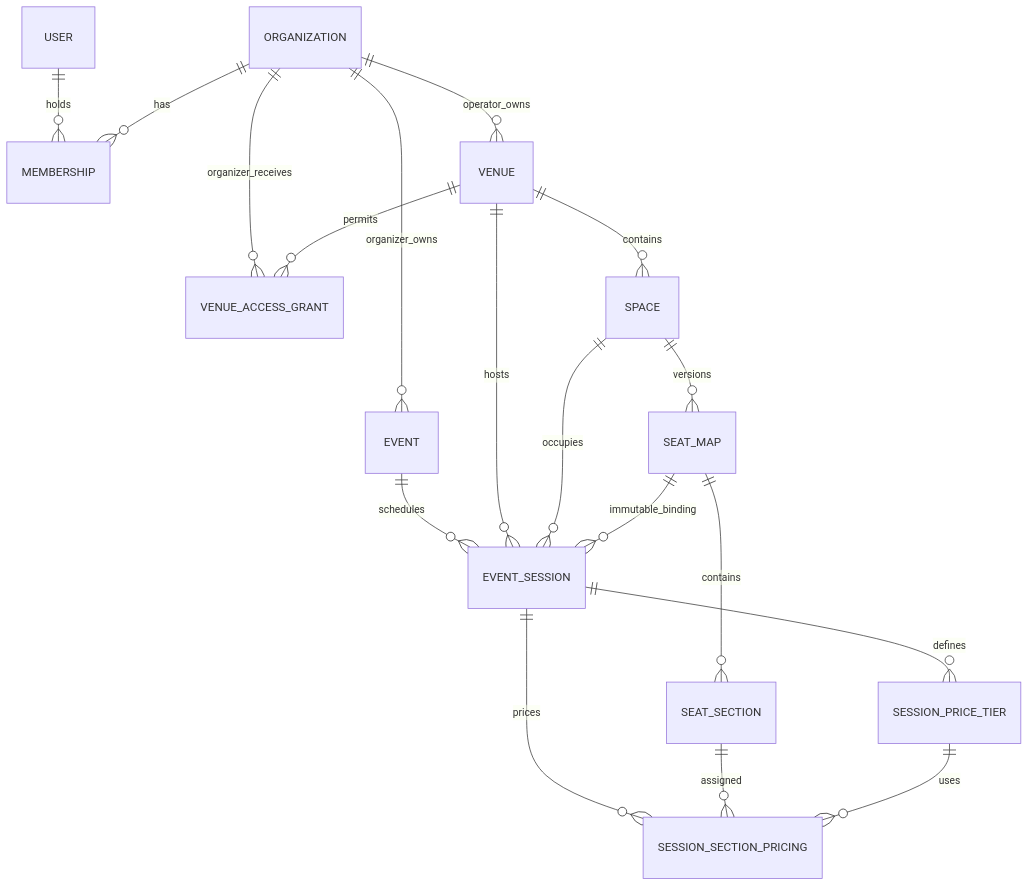
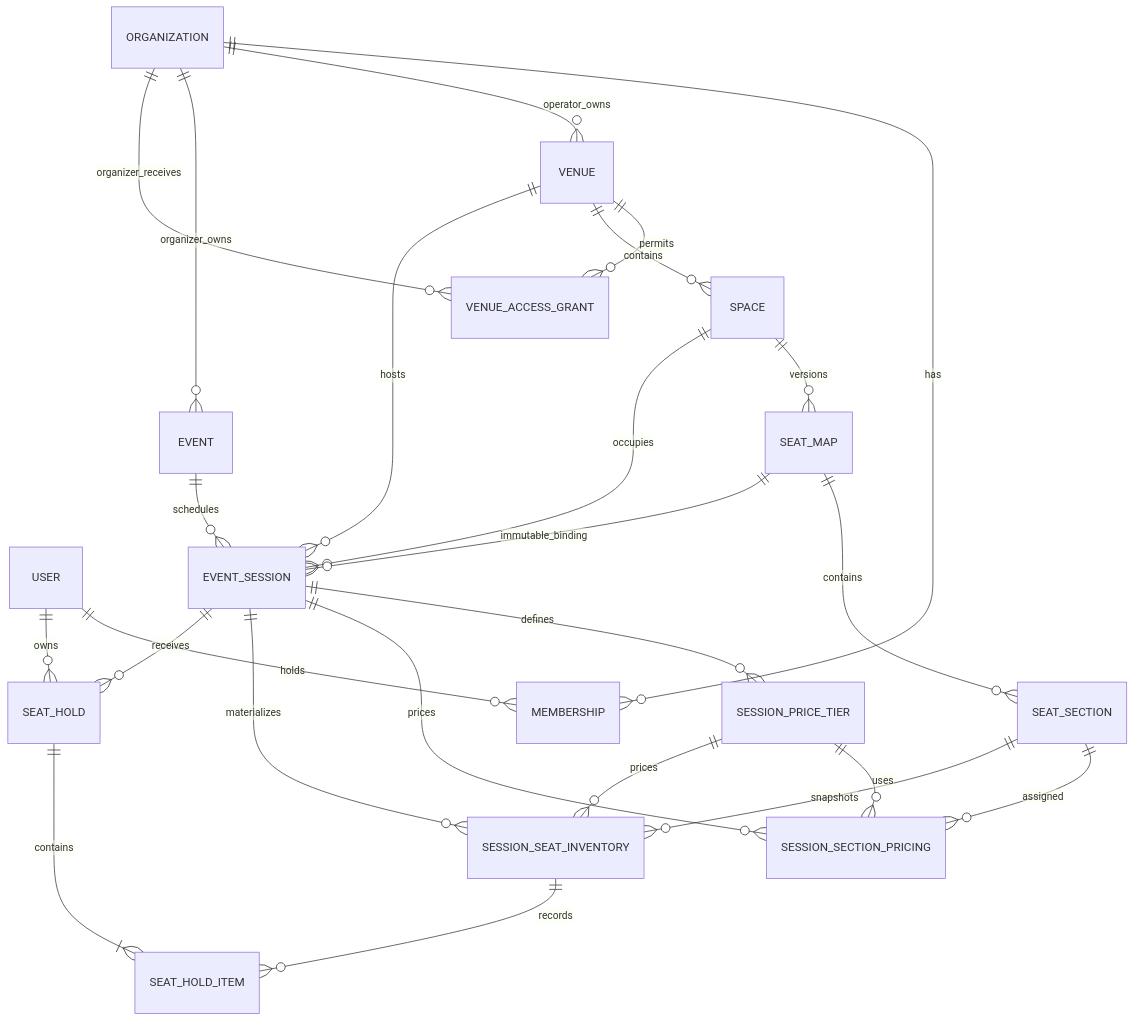
Before and after one commit to tahagurvardar/seatflow: the diagram in docs/architecture.md, drawn with Mermaid. The commit also changed other lines of this file and 51 other files, not shown here.

Commit message:
feat: add session inventory and atomic seat holds

````diff
--- a/docs/architecture.md
+++ b/docs/architecture.md
@@ -11,20 +11,27 @@
 ```mermaid
 erDiagram
   USER ||--o{ MEMBERSHIP : holds
   ORGANIZATION ||--o{ MEMBERSHIP : has
   ORGANIZATION ||--o{ VENUE : operator_owns
   ORGANIZATION ||--o{ EVENT : organizer_owns
   ORGANIZATION ||--o{ VENUE_ACCESS_GRANT : organizer_receives
   VENUE ||--o{ VENUE_ACCESS_GRANT : permits
   VENUE ||--o{ SPACE : contains
   SPACE ||--o{ SEAT_MAP : versions
   SEAT_MAP ||--o{ SEAT_SECTION : contains
   EVENT ||--o{ EVENT_SESSION : schedules
   VENUE ||--o{ EVENT_SESSION : hosts
   SPACE ||--o{ EVENT_SESSION : occupies
   SEAT_MAP ||--o{ EVENT_SESSION : immutable_binding
   EVENT_SESSION ||--o{ SESSION_PRICE_TIER : defines
   EVENT_SESSION ||--o{ SESSION_SECTION_PRICING : prices
   SEAT_SECTION ||--o{ SESSION_SECTION_PRICING : assigned
   SESSION_PRICE_TIER ||--o{ SESSION_SECTION_PRICING : uses
+  EVENT_SESSION ||--o{ SESSION_SEAT_INVENTORY : materializes
+  SEAT_SECTION ||--o{ SESSION_SEAT_INVENTORY : snapshots
+  SESSION_PRICE_TIER ||--o{ SESSION_SEAT_INVENTORY : prices
+  USER ||--o{ SEAT_HOLD : owns
+  EVENT_SESSION ||--o{ SEAT_HOLD : receives
+  SEAT_HOLD ||--|{ SEAT_HOLD_ITEM : contains
+  SESSION_SEAT_INVENTORY ||--o{ SEAT_HOLD_ITEM : records
 ```
````
